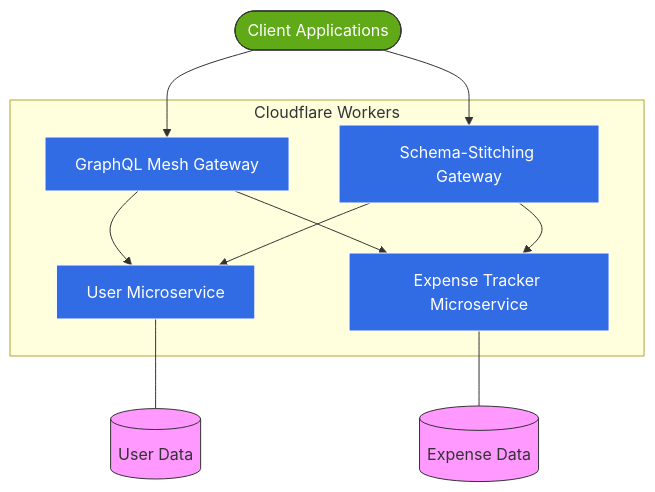
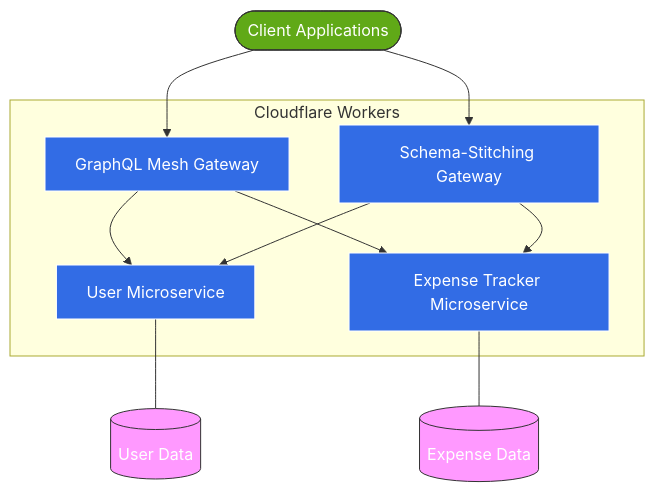
One commit to vinodhj/graphql-gateway-microservices changed the first of 3 diagrams in docs/tdd/hld.md. Above: the diagram before and after it, drawn with Mermaid. The commit also changed other lines of this file, not shown here.

Commit message:
diagram color fix

````diff
--- a/docs/tdd/hld.md
+++ b/docs/tdd/hld.md
@@ -19,27 +19,27 @@
 ```mermaid
 flowchart TD
     Client([Client Applications]) --> MeshGateway
     Client --> StitchingGateway
     MeshGateway[GraphQL Mesh Gateway] --> UserService[User Microservice]
     MeshGateway --> ExpenseService[Expense Tracker Microservice]
     StitchingGateway[Schema-Stitching Gateway] --> UserService
     StitchingGateway --> ExpenseService
 
     subgraph "Cloudflare Workers"
     MeshGateway
     StitchingGateway
     UserService
     ExpenseService
     end
 
     UserService --- UserDB[(User Data)]
     ExpenseService --- ExpenseDB[(Expense Data)]
 
     classDef service fill:#326ce5,stroke:#fff,stroke-width:1px,color:#fff
-    classDef db fill:#f9f,stroke:#333,stroke-width:1px
+    classDef db fill:#f9f,stroke:#333,stroke-width:1px,color:#fff
     classDef client fill:#60a917,stroke:#333,stroke-width:1px,color:#fff
 
     class MeshGateway,StitchingGateway,UserService,ExpenseService service
     class UserDB,ExpenseDB db
     class Client client
 ```
````
